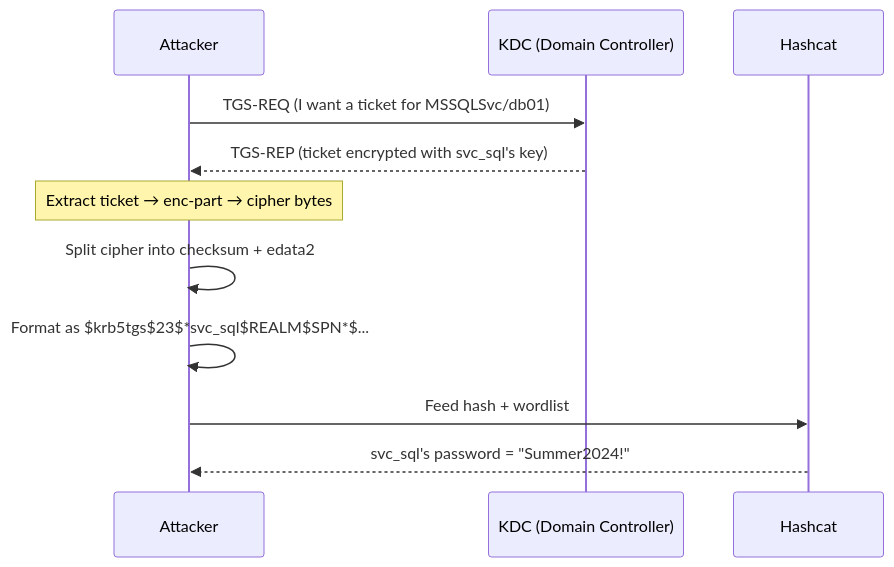
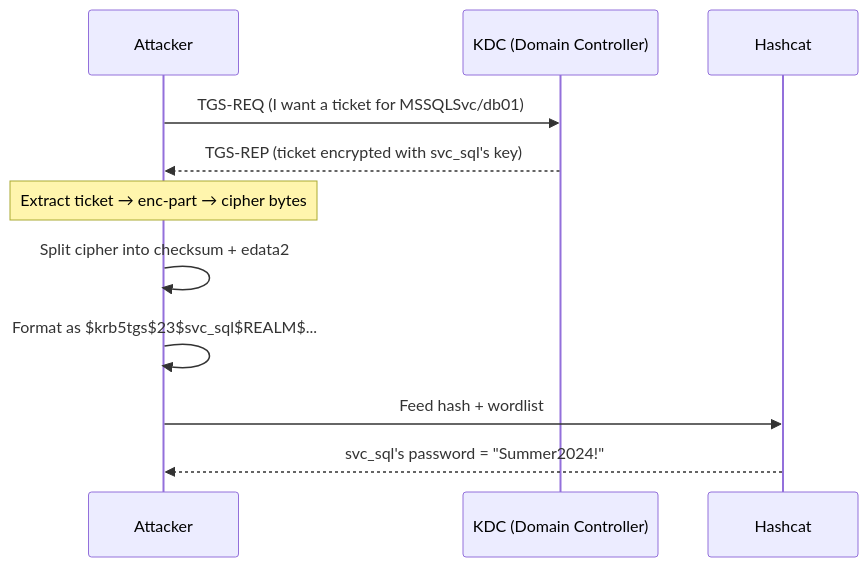
Before and after one commit to StrongWind1/KerbWolf: the first of 4 diagrams in docs/guide/attacks.md, drawn with Mermaid. The commit also changed other lines of this file and 7 other files, not shown here.

````diff
--- a/docs/guide/attacks.md
+++ b/docs/guide/attacks.md
@@ -15,16 +15,16 @@
 ```mermaid
 sequenceDiagram
     participant Attacker
     participant KDC as KDC (Domain Controller)
     participant Hashcat
 
     Attacker->>KDC: TGS-REQ (I want a ticket for MSSQLSvc/db01)
     KDC-->>Attacker: TGS-REP (ticket encrypted with svc_sql's key)
 
     Note over Attacker: Extract ticket → enc-part → cipher bytes
     Attacker->>Attacker: Split cipher into checksum + edata2
-    Attacker->>Attacker: Format as $krb5tgs$23$*svc_sql$REALM$SPN*$...
+    Attacker->>Attacker: Format as $krb5tgs$23$svc_sql$REALM$...
 
     Attacker->>Hashcat: Feed hash + wordlist
     Hashcat-->>Attacker: svc_sql's password = "Summer2024!"
 ```
````
